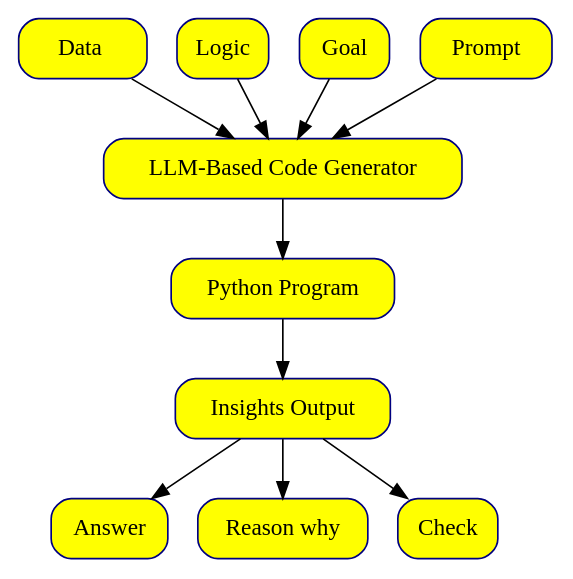
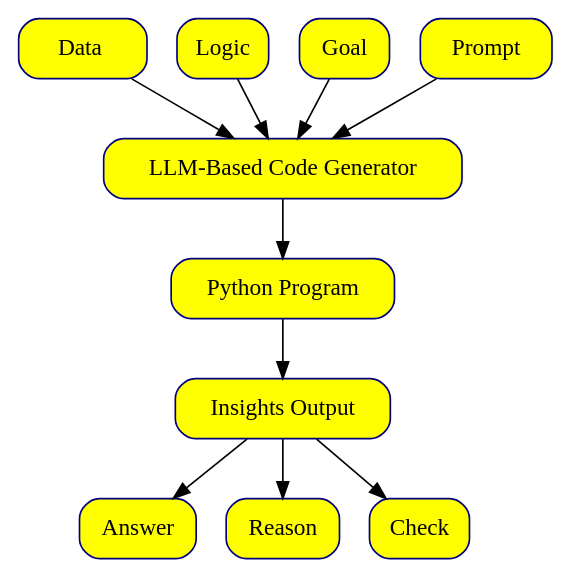
Before and after one commit to eyereasoner/eye: the diagram in teaching/images/EYE-teaching.dot, drawn with Graphviz. The commit also changed 1 other file, not shown here.

```diff
--- a/teaching/images/EYE-teaching.dot
+++ b/teaching/images/EYE-teaching.dot
@@ -1,22 +1,22 @@
 digraph {
 	bgcolor=white fontname=Helvetica rankdir=TB
-	Data [label="   Data   " color=navy fillcolor="#FFFF00" shape=box style="rounded,filled"]
-	Logic [label=Logic color=navy fillcolor="#FFFF00" shape=box style="rounded,filled"]
-	Goal [label=Goal color=navy fillcolor="#FFFF00" shape=box style="rounded,filled"]
-	Prompt [label=" Prompt " color=navy fillcolor="#FFFF00" shape=box style="rounded,filled"]
-	LLM [label="LLM-Based Code Generator" color=navy fillcolor="#FFFF00" shape=box style="rounded,filled"]
-	PythonProgram [label="Python Program" color=navy fillcolor="#FFFF00" shape=box style="rounded,filled"]
-	Insights [label="Insights Output" color=navy fillcolor="#FFFF00" shape=box style="rounded,filled"]
-	Answer [label=Answer color=navy fillcolor="#FFFF00" shape=box style="rounded,filled"]
+	Data [label="   Data   " color=navy fillcolor=yellow shape=box style="rounded,filled"]
+	Logic [label=Logic color=navy fillcolor=yellow shape=box style="rounded,filled"]
+	Goal [label=Goal color=navy fillcolor=yellow shape=box style="rounded,filled"]
+	Prompt [label=" Prompt " color=navy fillcolor=yellow shape=box style="rounded,filled"]
+	LLM [label="LLM-Based Code Generator" color=navy fillcolor=yellow shape=box style="rounded,filled"]
+	Python [label="Python Program" color=navy fillcolor=yellow shape=box style="rounded,filled"]
+	Insights [label="Insights Output" color=navy fillcolor=yellow shape=box style="rounded,filled"]
+	Answer [label=Answer color=navy fillcolor=yellow shape=box style="rounded,filled"]
 	Insights -> Answer
-	Reason [label="Reason why" color=navy fillcolor="#FFFF00" shape=box style="rounded,filled"]
+	Reason [label=Reason color=navy fillcolor=yellow shape=box style="rounded,filled"]
 	Insights -> Reason
-	Check [label=Check color=navy fillcolor="#FFFF00" shape=box style="rounded,filled"]
+	Check [label=Check color=navy fillcolor=yellow shape=box style="rounded,filled"]
 	Insights -> Check
 	Data -> LLM
 	Logic -> LLM
 	Goal -> LLM
 	Prompt -> LLM
-	LLM -> PythonProgram
-	PythonProgram -> Insights
+	LLM -> Python
+	Python -> Insights
 }
```
